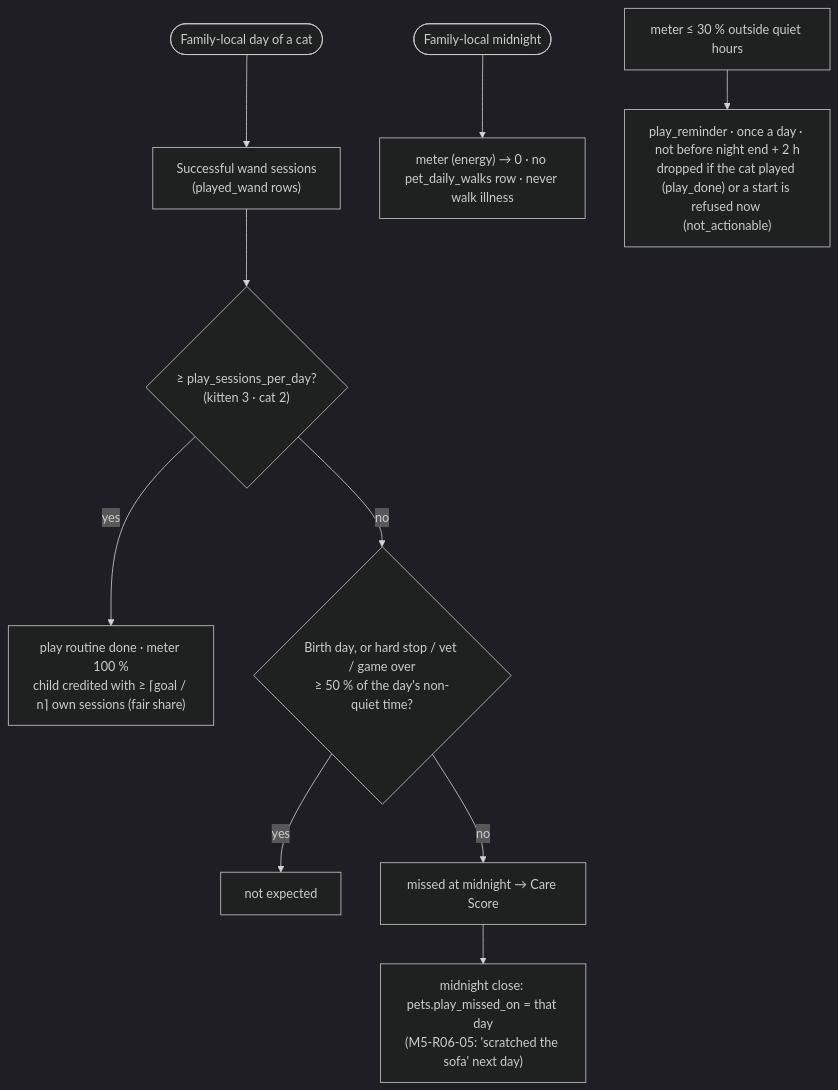
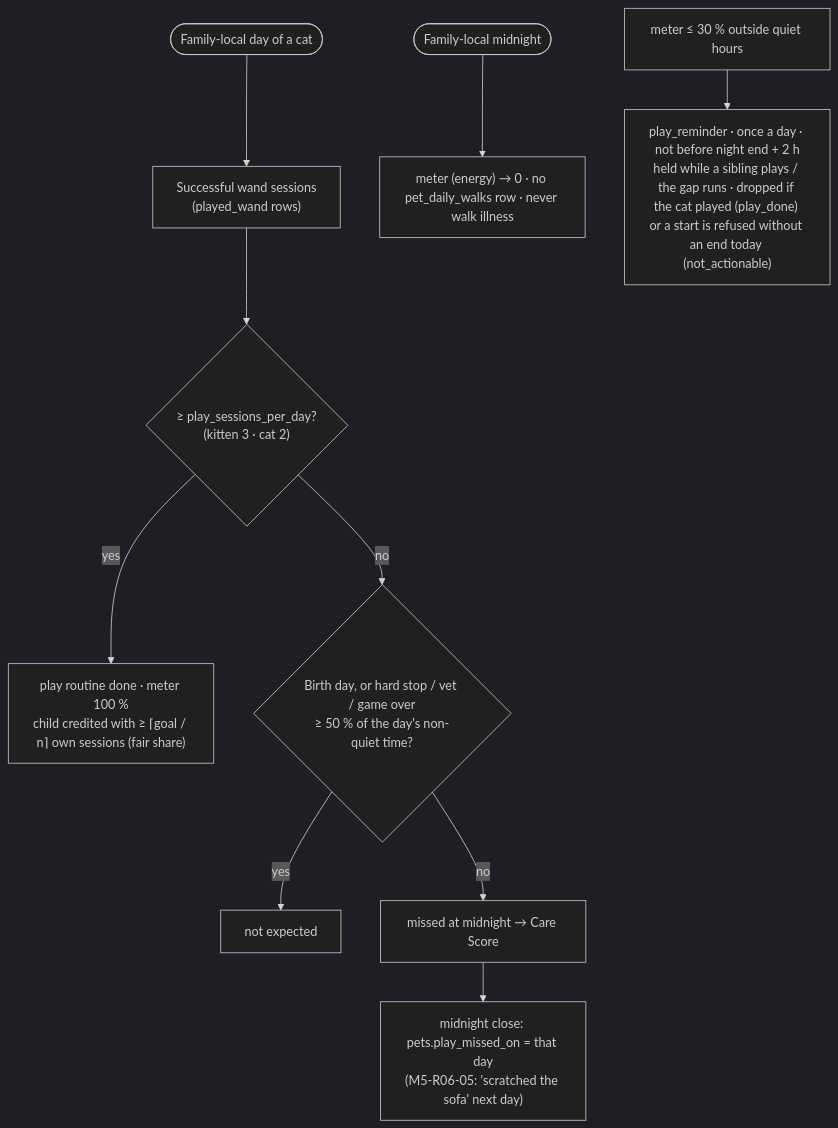
One commit to DataVallis/pet-prep changed diagram 23 of 48 in docs/engineering/DIAGRAMS.md. Above: the diagram before and after it, drawn with Mermaid (dark theme). The commit also changed other lines of this file and 18 other files, not shown here.

First line of the commit message:
fix(backend): QA follow-ups for the cat wand play [M5-R06-04]

````diff
--- a/docs/engineering/DIAGRAMS.md
+++ b/docs/engineering/DIAGRAMS.md
@@ -658,12 +659,12 @@
 ```mermaid
 flowchart TD
   D([Family-local day of a cat]) --> S["Successful wand sessions<br/>(played_wand rows)"]
   S --> G{"≥ play_sessions_per_day?<br/>(kitten 3 · cat 2)"}
   G -- yes --> DONE["play routine done · meter 100 %<br/>child credited with ≥ ⌈goal / n⌉ own sessions (fair share)"]
   G -- no --> EX{"Birth day, or hard stop / vet / game over<br/>≥ 50 % of the day's non-quiet time?"}
   EX -- yes --> NONE["not expected"]
   EX -- no --> MISS["missed at midnight → Care Score"]
   MISS --> FACT["midnight close: pets.play_missed_on = that day<br/>(M5-R06-05: 'scratched the sofa' next day)"]
   M([Family-local midnight]) --> RESET["meter (energy) → 0 · no pet_daily_walks row · never walk illness"]
-  LOW["meter ≤ 30 % outside quiet hours"] --> PUSH["play_reminder · once a day · not before night end + 2 h<br/>dropped if the cat played (play_done) or a start is refused now (not_actionable)"]
+  LOW["meter ≤ 30 % outside quiet hours"] --> PUSH["play_reminder · once a day · not before night end + 2 h<br/>held while a sibling plays / the gap runs · dropped if the cat played (play_done) or a start is refused without an end today (not_actionable)"]
 ```
````
